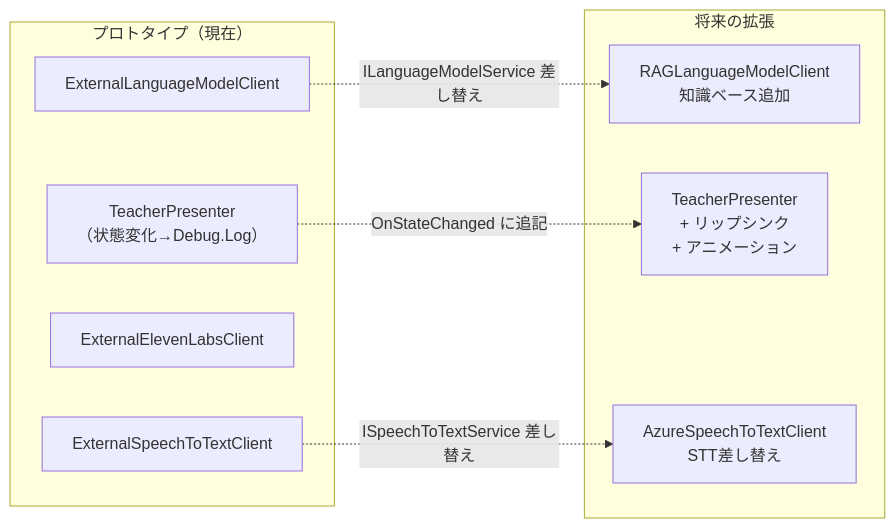
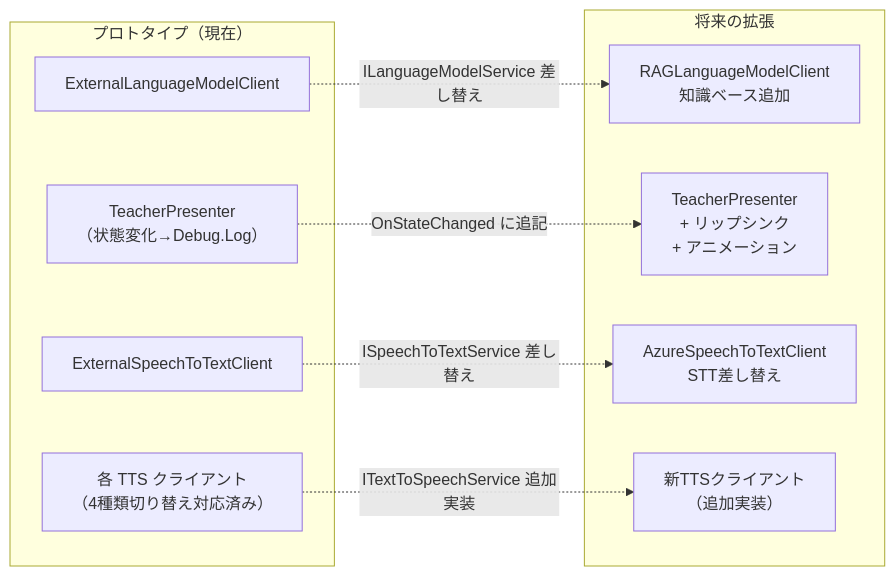
Before and after one commit to ken00012/MRCharBase: the fifth of 5 diagrams in prototype_design.md, drawn with Mermaid. The commit also changed other lines of this file and 4 other files, not shown here.

````diff
--- a/prototype_design.md
+++ b/prototype_design.md
@@ -1041,17 +1100,19 @@
 ```mermaid
 graph LR
     subgraph "プロトタイプ（現在）"
         A1["ExternalSpeechToTextClient"]
         B1["ExternalLanguageModelClient"]
-        C1["ExternalElevenLabsClient"]
+        C1["各 TTS クライアント\n（4種類切り替え対応済み）"]
         D1["TeacherPresenter\n（状態変化→Debug.Log）"]
     end
     subgraph "将来の拡張"
         B2["RAGLanguageModelClient\n知識ベース追加"]
         D2["TeacherPresenter\n+ リップシンク\n+ アニメーション"]
         E2["AzureSpeechToTextClient\nSTT差し替え"]
+        F2["新TTSクライアント\n（追加実装）"]
     end
     B1 -.->|ILanguageModelService 差し替え| B2
     D1 -.->|OnStateChanged に追記| D2
     A1 -.->|ISpeechToTextService 差し替え| E2
+    C1 -.->|ITextToSpeechService 追加実装| F2
 ```
````
